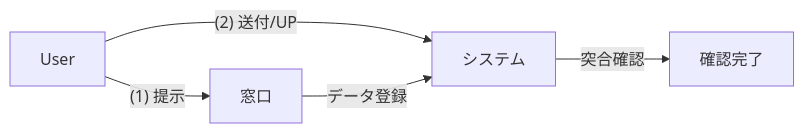
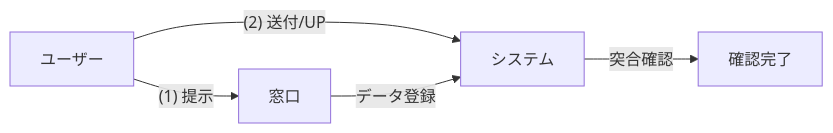
Before and after one commit to CiderH2CO3/study-hanshuho: the fourth of 21 diagrams in hanshuho.md, drawn with Mermaid. The commit also changed other lines of this file and 1 other file, not shown here.

````diff
--- a/hanshuho.md
+++ b/hanshuho.md
@@ -244,7 +304,7 @@
 ```mermaid
 graph LR
-    User --(1) 提示--> Counter[窓口]
+    User[ユーザー] --(1) 提示--> Counter[窓口]
     User --(2) 送付/UP--> Backend[システム]
     Counter -- データ登録 --> Backend
     Backend -- 突合確認 --> Result[確認完了]
 ```
````
